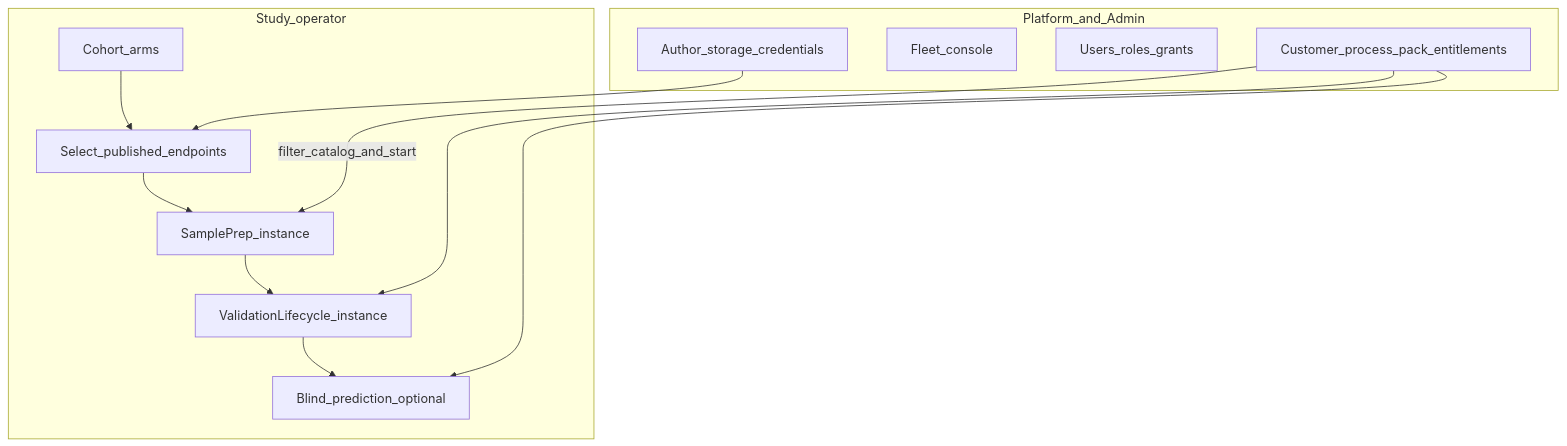
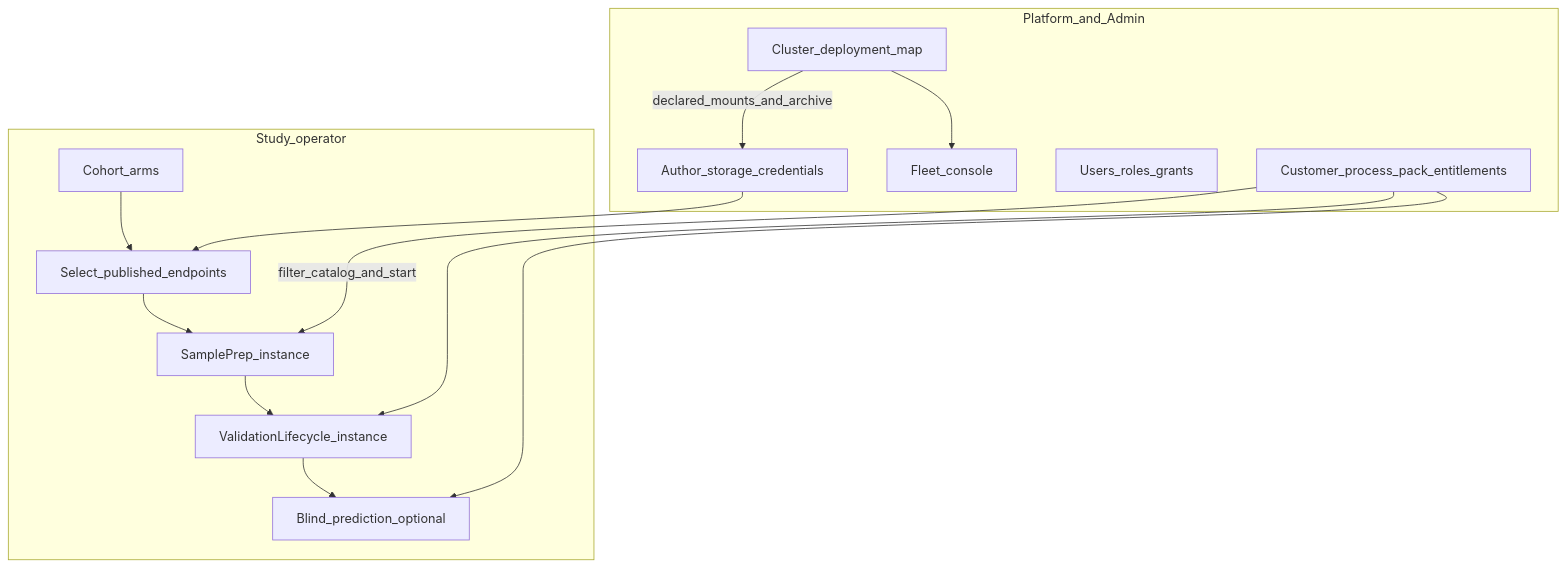
One commit to Goliath-Research/GoliathWorkflow changed the first of 2 diagrams in docs/architecture/portal-ia.md. Above: the diagram before and after it, drawn with Mermaid. The commit also changed other lines of this file and 2 other files, not shown here.

First line of the commit message:
Update portal information architecture documentation to clarify roles and responsibilities

````diff
--- a/docs/architecture/portal-ia.md
+++ b/docs/architecture/portal-ia.md
@@ -37,21 +44,24 @@
 ```mermaid
 flowchart TB
   subgraph operator [Study_operator]
     Cohort[Cohort_arms]
     StoragePick[Select_published_endpoints]
     Prep[SamplePrep_instance]
     Life[ValidationLifecycle_instance]
     Pred[Blind_prediction_optional]
   end
   subgraph adminFloor [Platform_and_Admin]
     StorageAuth[Author_storage_credentials]
+    Deploy[Cluster_deployment_map]
     Fleet[Fleet_console]
     Rbac[Users_roles_grants]
     Contracts[Customer_process_pack_entitlements]
   end
   Cohort --> StoragePick --> Prep --> Life --> Pred
   StorageAuth --> StoragePick
+  Deploy -->|"declared_mounts_and_archive"| StorageAuth
+  Deploy --> Fleet
   Contracts -->|"filter_catalog_and_start"| Prep
   Contracts --> Life
   Contracts --> Pred
 ```
````
